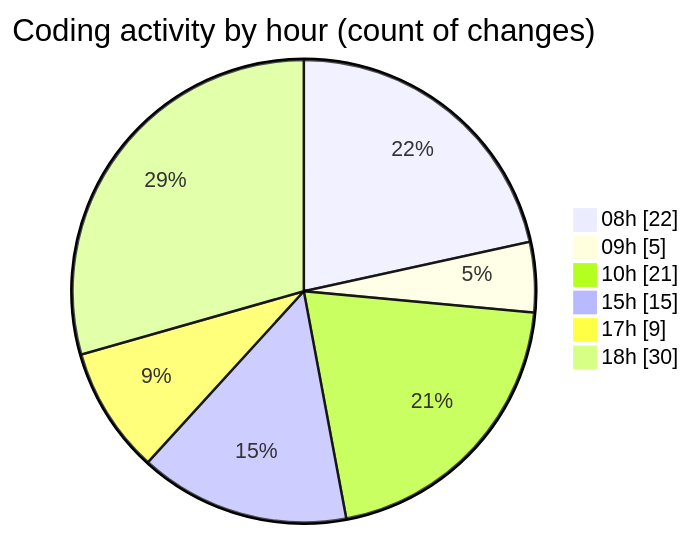
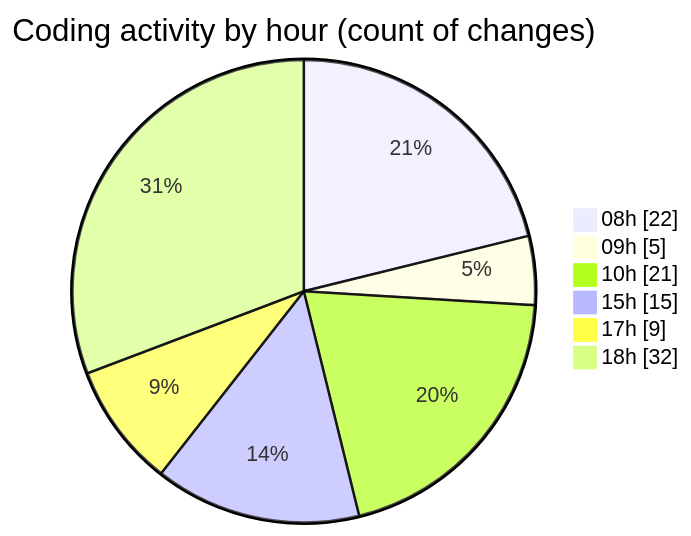
The second of 2 diagrams in 2025-02-17/mbc-web/README.md (robertbonfada/code-tracking), drawn with Mermaid before and after one commit. The commit also changed other lines of this file and 1 other file, not shown here.

````diff
--- a/2025-02-17/mbc-web/README.md
+++ b/2025-02-17/mbc-web/README.md
@@ -47,10 +47,10 @@
 ```mermaid
 pie showData
 title Coding activity by hour (count of changes)
 "08h" : 22
 "09h" : 5
 "10h" : 21
 "15h" : 15
 "17h" : 9
-"18h" : 30
+"18h" : 32
 ```
````
